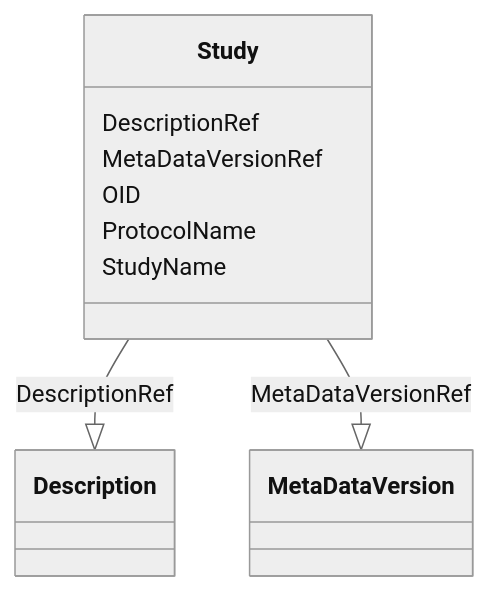
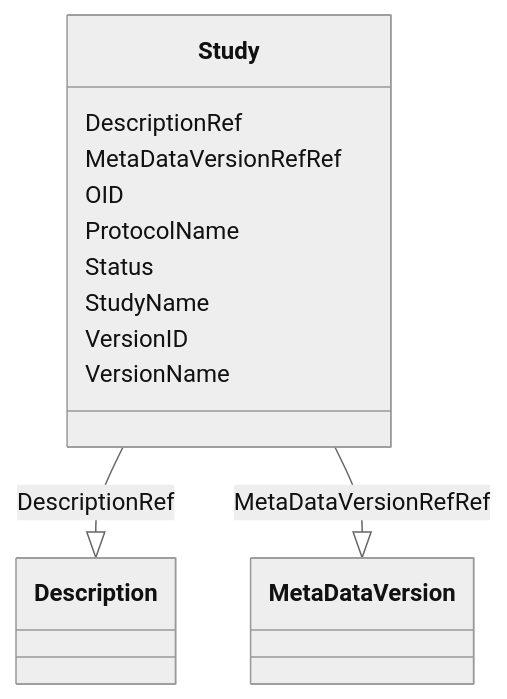
Before and after one commit to cdisc-org/DataExchange-ODM-LinkML: the diagram in docs/Study.md, drawn with Mermaid (neutral theme). The commit also changed other lines of this file and 398 other files, not shown here.

Commit message:
refreshing for latest updates to schema

````diff
--- a/docs/Study.md
+++ b/docs/Study.md
@@ -9,19 +9,25 @@
 ```mermaid
  classDiagram
     class Study
       Study : DescriptionRef
         
           Study --|> Description : DescriptionRef
         
-      Study : MetaDataVersionRef
+      Study : MetaDataVersionRefRef
         
-          Study --|> MetaDataVersion : MetaDataVersionRef
+          Study --|> MetaDataVersion : MetaDataVersionRefRef
         
       Study : OID
         
       Study : ProtocolName
         
+      Study : Status
+        
       Study : StudyName
+        
+      Study : VersionID
+        
+      Study : VersionName
         
       
 ```
````
